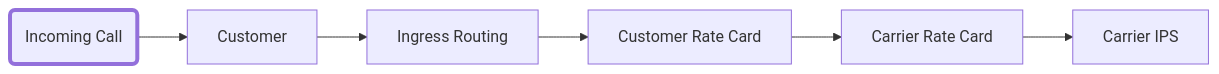
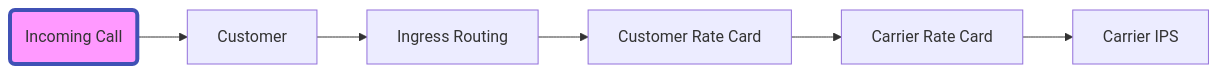
Before and after one commit to connexcs/docs: the diagram in docs/routing.md, drawn with Mermaid.

Commit message:
Update routing.md
testing mermaid flow format

````diff
--- a/docs/routing.md
+++ b/docs/routing.md
@@ -4,9 +4,9 @@
 ```mermaid
 graph LR
     A(Incoming Call) --> B[Customer]
-    style A stroke-width:4px
+    style A fill:#f9f,stroke:#4051b5,stroke-width:4px
     B --> C[Ingress Routing]
     C --> D[Customer Rate Card]
     D --> E[Carrier Rate Card]
     E --> F[Carrier IPS]
 ```
````
